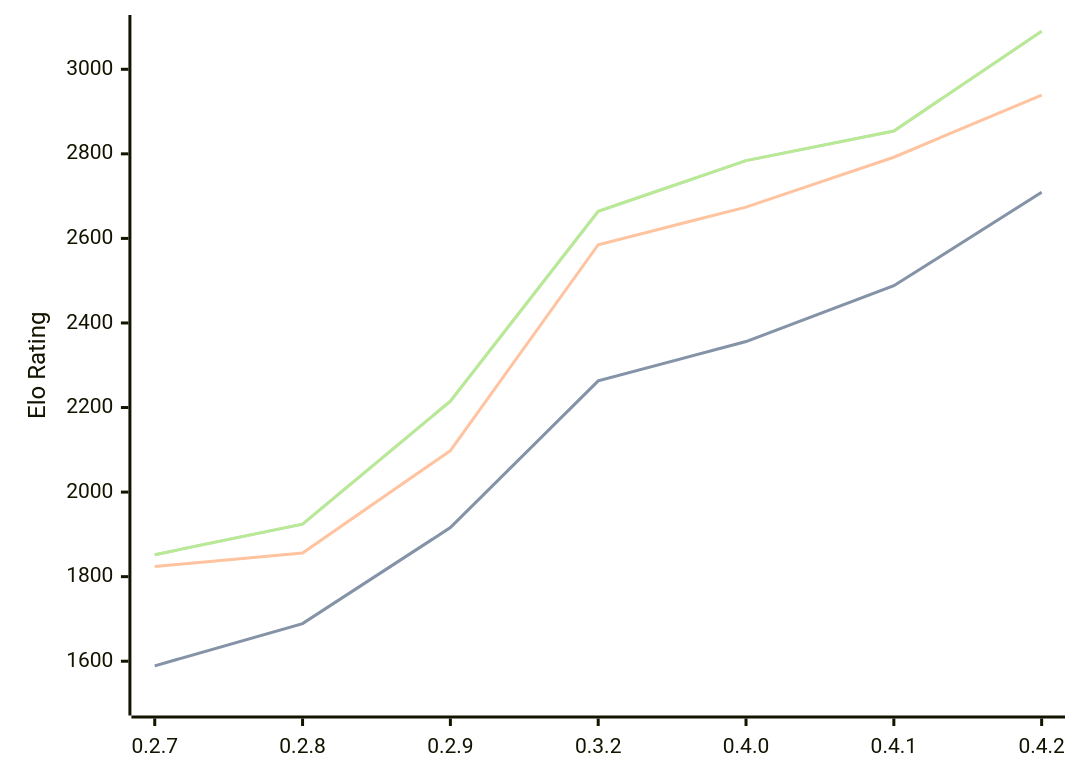
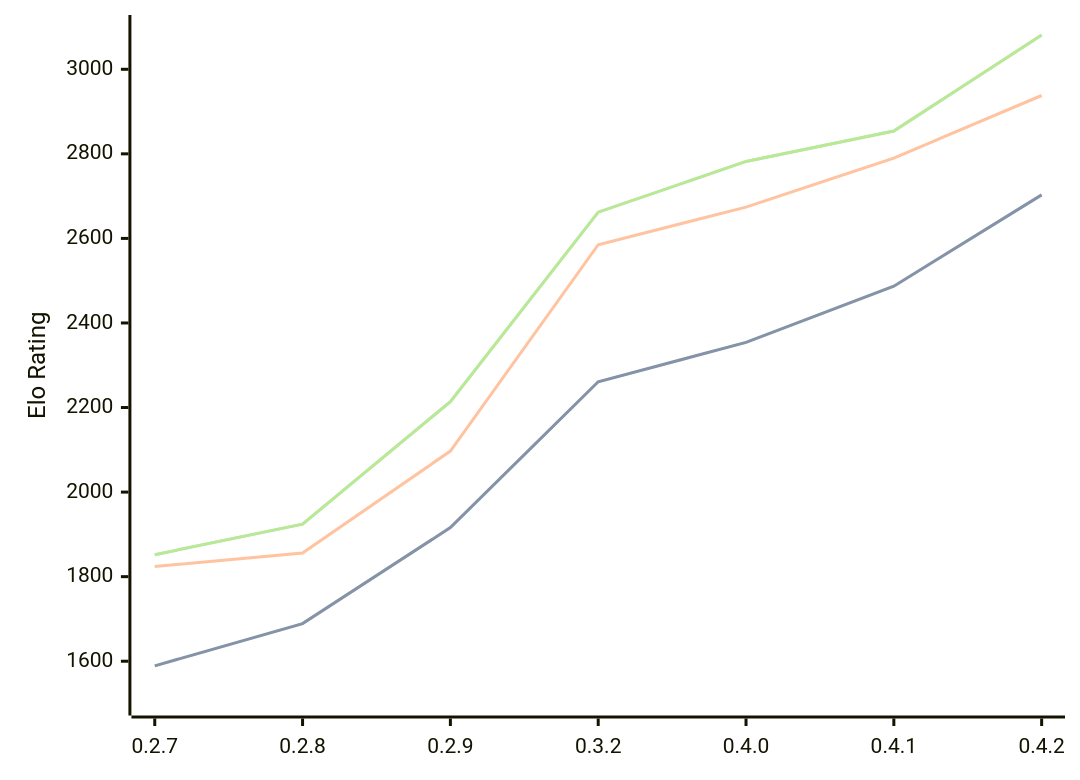
One commit to computer-chess-index/cci changed the diagram in engines/Dual.md. Above: the diagram before and after it, drawn with Mermaid. The commit also changed other lines of this file, not shown here.

Commit message:
Update CCI Ratings (ELO VLTC) - 2026-08-11

````diff
--- a/engines/Dual.md
+++ b/engines/Dual.md
@@ -39,11 +39,11 @@
 ```mermaid
 %%{init: {"theme":"base","themeVariables":{"seriesColors:['#a3a3a3','#222221','#faa371']}}}%%
 xychart-beta
   x-axis ["0.2.7", "0.2.8", "0.2.9", "0.3.2", "0.4.0", "0.4.1", "0.4.2"]
   y-axis "Elo Rating" 1500 --> 3100
-  line "STC (8.0+0.08s)" [1589, 1689, 1916, 2263, 2356, 2488, 2709]
-  line "STC (8.0+0.08s)" [1589, 1689, 1916, 2263, 2356, 2488, 2709]
-  line "LTC (60.0+0.60s)" [1824, 1856, 2098, 2585, 2674, 2792, 2939]
-  line "VLTC (2m24s+1.12s)" [1852, 1924, 2215, 2664, 2784, 2854, 3090]
-  line "VLTC (2m24s+1.12s)" [1852, 1924, 2215, 2664, 2784, 2854, 3090]
+  line "STC (8.0+0.08s)" [1589, 1689, 1916, 2261, 2354, 2487, 2703]
+  line "STC (8.0+0.08s)" [1589, 1689, 1916, 2261, 2354, 2487, 2703]
+  line "LTC (60.0+0.60s)" [1824, 1856, 2097, 2585, 2674, 2790, 2938]
+  line "VLTC (2m24s+1.12s)" [1852, 1924, 2214, 2662, 2782, 2854, 3081]
+  line "VLTC (2m24s+1.12s)" [1852, 1924, 2214, 2662, 2782, 2854, 3081]
 ```
````
